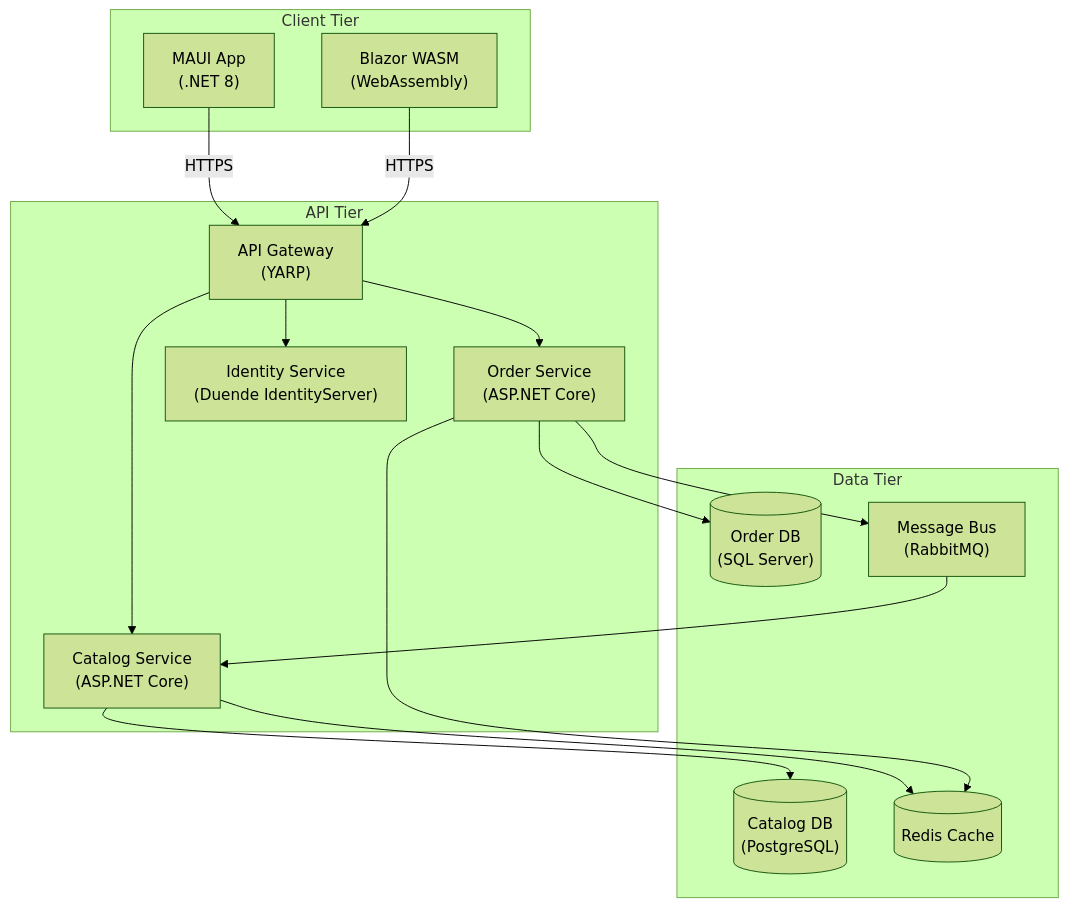
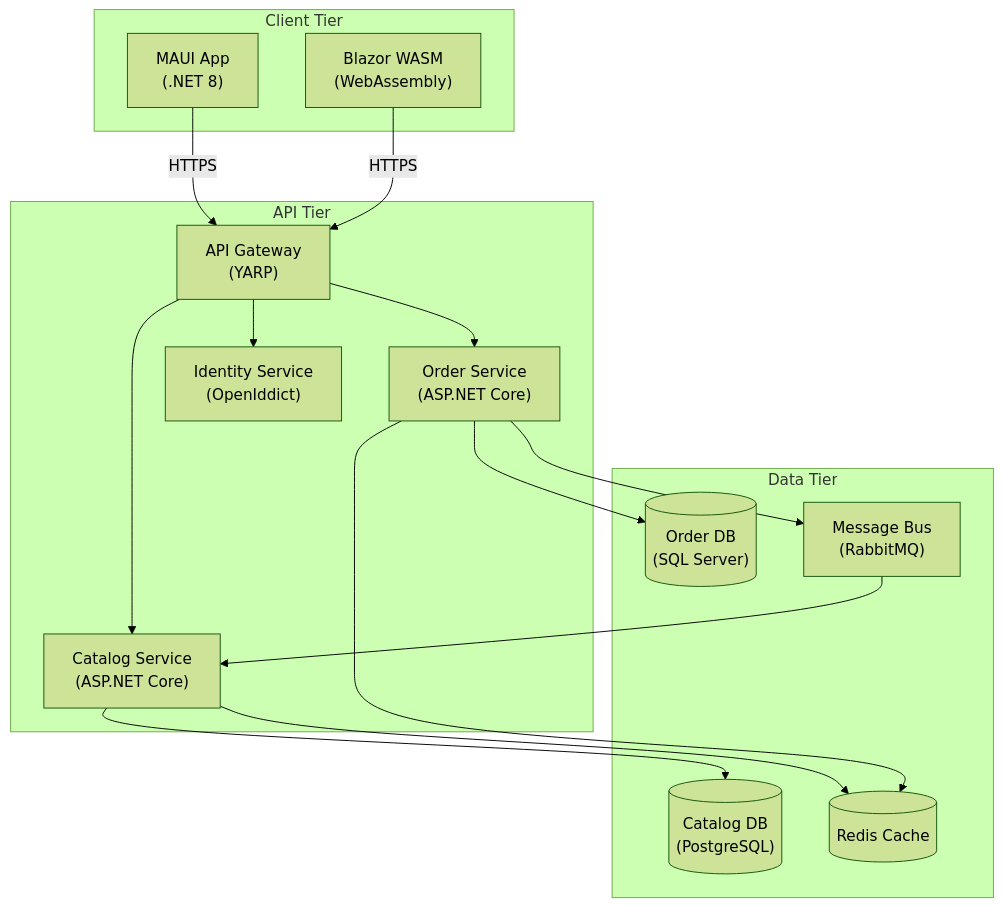
One commit to novotnyllc/dotnet-marketplace changed the second of 23 diagrams in skills/dotnet-tooling/references/mermaid-diagrams.md. Above: the diagram before and after it, drawn with Mermaid (forest theme). The commit also changed other lines of this file and 2 other files, not shown here.

````diff
--- a/skills/dotnet-tooling/references/mermaid-diagrams.md
+++ b/skills/dotnet-tooling/references/mermaid-diagrams.md
@@ -164,33 +162,33 @@
 ```mermaid
 graph TB
     subgraph Client["Client Tier"]
         SPA["Blazor WASM<br/>(WebAssembly)"]
         Mobile["MAUI App<br/>(.NET 8)"]
     end
 
     subgraph API_Tier["API Tier"]
         Gateway["API Gateway<br/>(YARP)"]
         OrderAPI["Order Service<br/>(ASP.NET Core)"]
         CatalogAPI["Catalog Service<br/>(ASP.NET Core)"]
-        IdentityAPI["Identity Service<br/>(Duende IdentityServer)"]
+        IdentityAPI["Identity Service<br/>(OpenIddict)"]
     end
 
     subgraph Data_Tier["Data Tier"]
         OrderDB[("Order DB<br/>(SQL Server)")]
         CatalogDB[("Catalog DB<br/>(PostgreSQL)")]
         Cache[("Redis Cache")]
         Bus["Message Bus<br/>(RabbitMQ)"]
     end
 
     SPA -->|"HTTPS"| Gateway
     Mobile -->|"HTTPS"| Gateway
     Gateway --> OrderAPI
     Gateway --> CatalogAPI
     Gateway --> IdentityAPI
     OrderAPI --> OrderDB
     OrderAPI --> Cache
     OrderAPI --> Bus
     CatalogAPI --> CatalogDB
     CatalogAPI --> Cache
     Bus --> CatalogAPI
 ```
````
